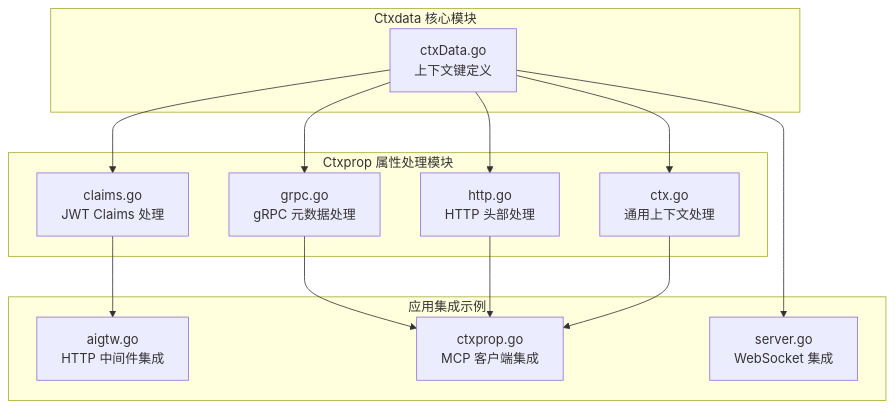
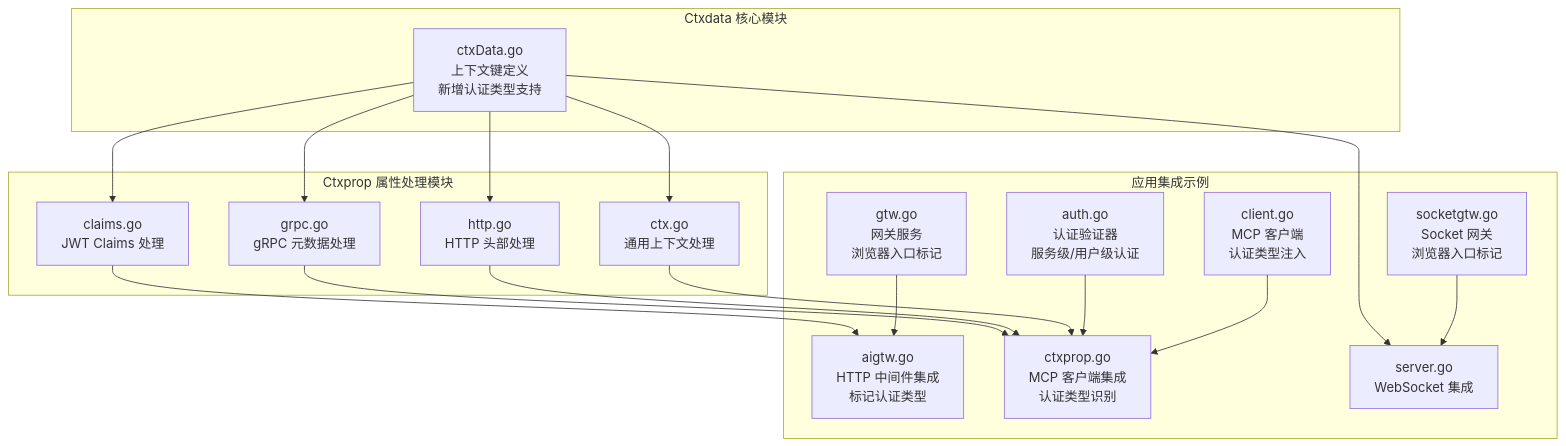
One commit to maomao94/zero-service changed the first of 11 diagrams in .qoder/repowiki/zh/content/Ctxdata Context Management.md. Above: the diagram before and after it, drawn with Mermaid. The commit also changed other lines of this file and 7 other files, not shown here.

First line of the commit message:
refactor(mcpx): 重构 MCP 客户端，支持所有官方 SDK handlers

````diff
--- a/.qoder/repowiki/zh/content/Ctxdata Context Management.md
+++ b/.qoder/repowiki/zh/content/Ctxdata Context Management.md
@@ -42,26 +56,34 @@
 ```mermaid
 graph TB
 subgraph "Ctxdata 核心模块"
-A[ctxData.go<br/>上下文键定义]
+A[ctxData.go<br/>上下文键定义<br/>新增认证类型支持]
 end
 subgraph "Ctxprop 属性处理模块"
 B[claims.go<br/>JWT Claims 处理]
 C[grpc.go<br/>gRPC 元数据处理]
 D[http.go<br/>HTTP 头部处理]
 E[ctx.go<br/>通用上下文处理]
 end
 subgraph "应用集成示例"
-F[aigtw.go<br/>HTTP 中间件集成]
-G[ctxprop.go<br/>MCP 客户端集成]
+F[aigtw.go<br/>HTTP 中间件集成<br/>标记认证类型]
+G[ctxprop.go<br/>MCP 客户端集成<br/>认证类型识别]
 H[server.go<br/>WebSocket 集成]
+I[auth.go<br/>认证验证器<br/>服务级/用户级认证]
+J[gtw.go<br/>网关服务<br/>浏览器入口标记]
+K[socketgtw.go<br/>Socket 网关<br/>浏览器入口标记]
+L[client.go<br/>MCP 客户端<br/>认证类型注入]
 end
 A --> B
 A --> C
 A --> D
 A --> E
 B --> F
 C --> G
 D --> G
 E --> G
 A --> H
+I --> G
+J --> F
+K --> H
+L --> G
 ```
````
